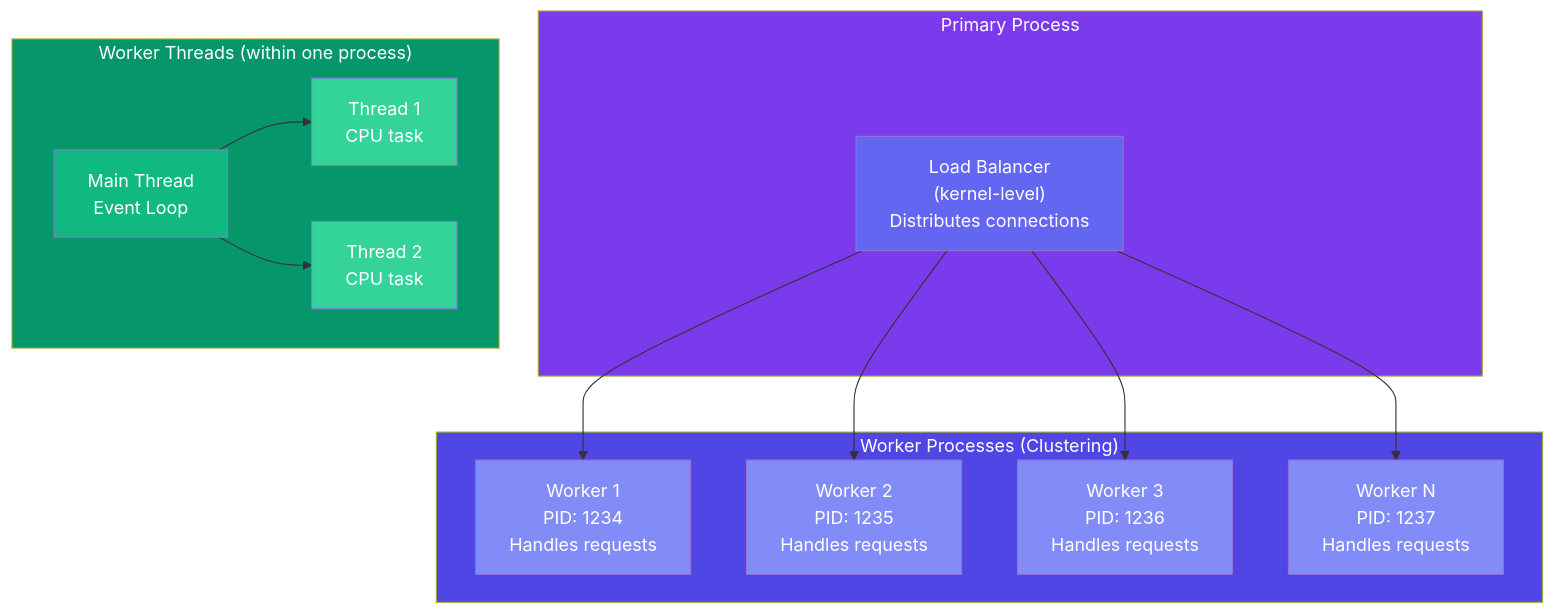
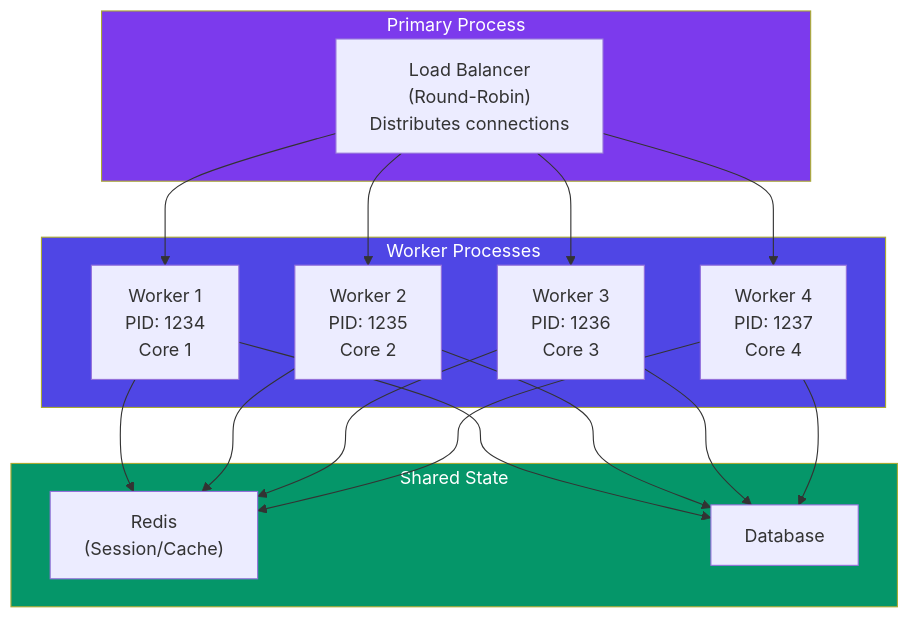
Before and after one commit to prathameshp107/Astro-Docs-Sitre: the first of 2 diagrams in dsa-docs/src/content/docs/nodejs/production/clustering-and-worker-threads.md, drawn with Mermaid. The commit also changed other lines of this file and 50 other files, not shown here.

````diff
--- a/dsa-docs/src/content/docs/nodejs/production/clustering-and-worker-threads.md
+++ b/dsa-docs/src/content/docs/nodejs/production/clustering-and-worker-threads.md
@@ -24,39 +80,35 @@
 ```mermaid
-flowchart TB
+flowchart TD
     subgraph Primary["Primary Process"]
-        LM["Load Balancer\n(kernel-level)\nDistributes connections"]
+        LB["Load Balancer<br/>(Round-Robin)<br/>Distributes connections"]
     end
     
-    subgraph Workers["Worker Processes (Clustering)"]
-        W1["Worker 1\nPID: 1234\nHandles requests"]
-        W2["Worker 2\nPID: 1235\nHandles requests"]
-        W3["Worker 3\nPID: 1236\nHandles requests"]
-        W4["Worker N\nPID: 1237\nHandles requests"]
+    subgraph Workers["Worker Processes"]
+        W1["Worker 1<br/>PID: 1234<br/>Core 1"]
+        W2["Worker 2<br/>PID: 1235<br/>Core 2"]
+        W3["Worker 3<br/>PID: 1236<br/>Core 3"]
+        W4["Worker 4<br/>PID: 1237<br/>Core 4"]
     end
     
-    subgraph Threads["Worker Threads (within one process)"]
-        Main["Main Thread\nEvent Loop"]
-        T1["Thread 1\nCPU task"]
-        T2["Thread 2\nCPU task"]
+    subgraph State["Shared State"]
+        R["Redis<br/>(Session/Cache)"]
+        DB["Database"]
     end
     
-    LM --> W1
-    LM --> W2
-    LM --> W3
-    LM --> W4
-    
-    Main --> T1
-    Main --> T2
+    LB --> W1
+    LB --> W2
+    LB --> W3
+    LB --> W4
+    W1 --> R
+    W2 --> R
+    W3 --> R
+    W4 --> R
+    W1 --> DB
+    W2 --> DB
+    W3 --> DB
+    W4 --> DB
     
     style Primary fill:#7c3aed,color:#fff
     style Workers fill:#4f46e5,color:#fff
-    style Threads fill:#059669,color:#fff
-    style LM fill:#6366f1,color:#fff
-    style W1 fill:#818cf8,color:#fff
-    style W2 fill:#818cf8,color:#fff
-    style W3 fill:#818cf8,color:#fff
-    style W4 fill:#818cf8,color:#fff
-    style Main fill:#10b981,color:#fff
-    style T1 fill:#34d399,color:#fff
-    style T2 fill:#34d399,color:#fff
+    style State fill:#059669,color:#fff
 ```
````
